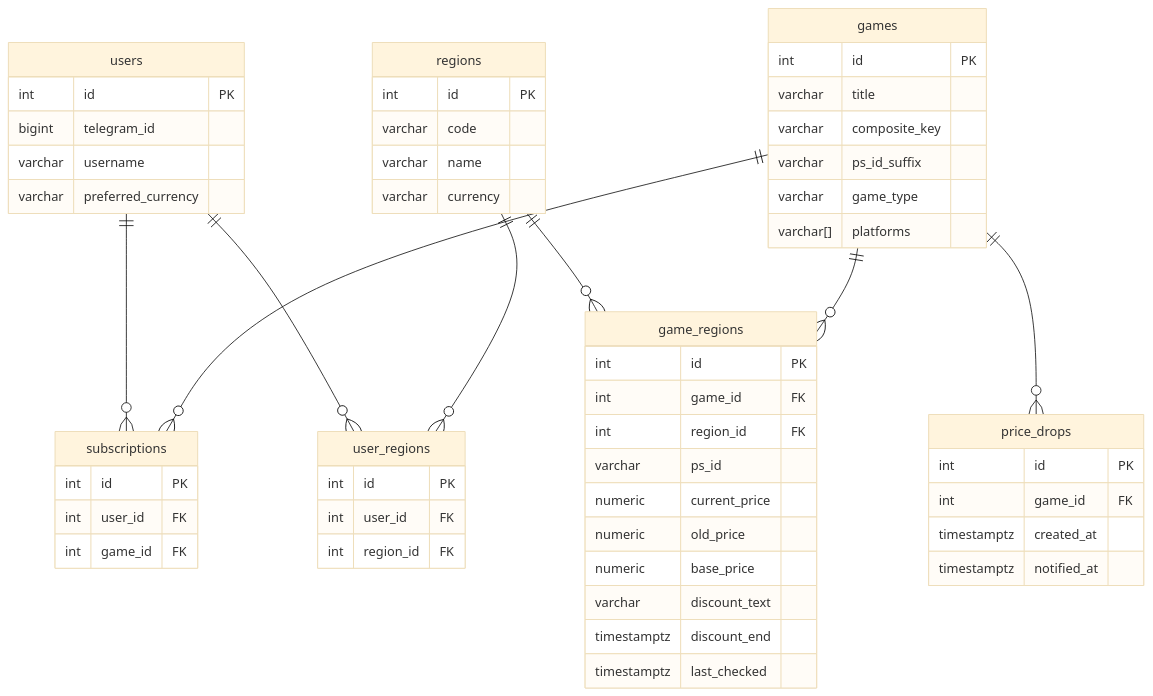
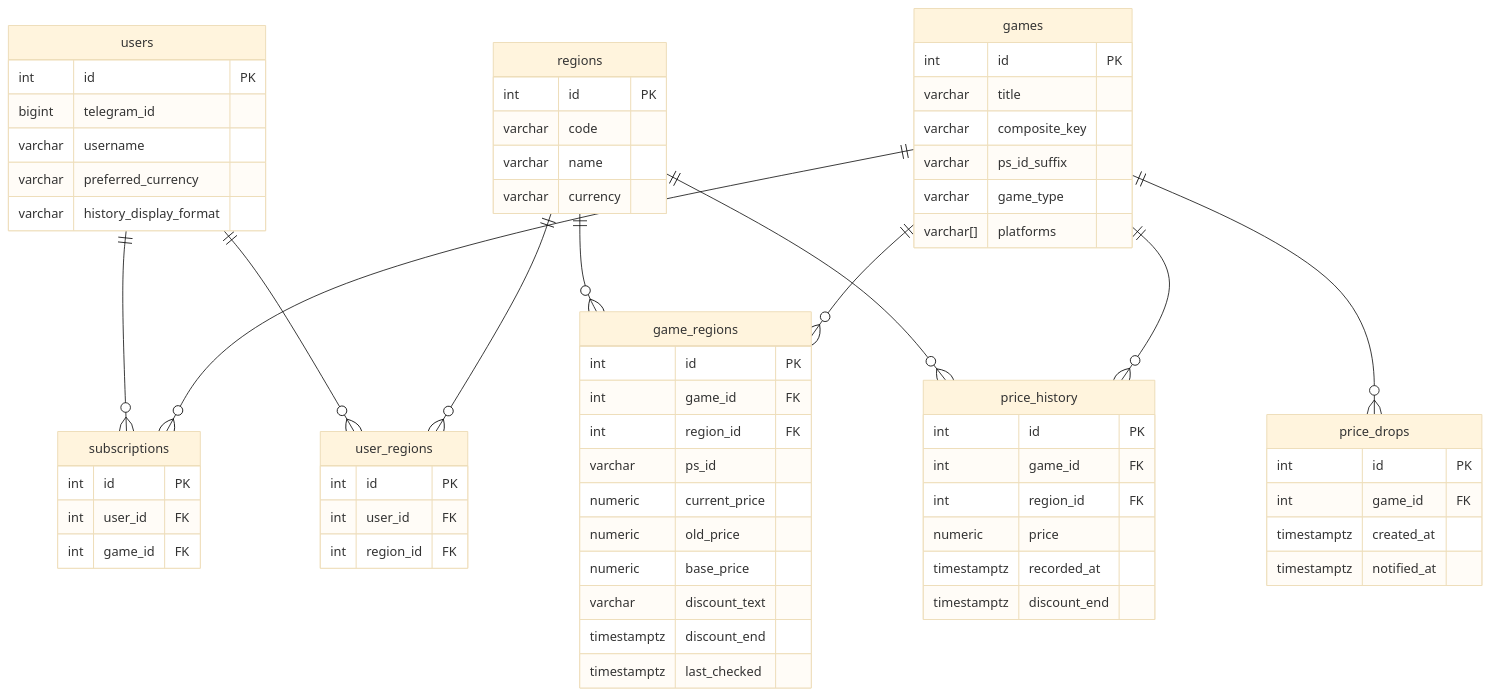
Before and after one commit to BlasterAlex/pricestation-bot: the diagram in db/models/README.md, drawn with Mermaid (base theme). The commit also changed other lines of this file and 36 other files, not shown here.

Commit message:
Support price changes history (#27)

````diff
--- a/db/models/README.md
+++ b/db/models/README.md
@@ -7,59 +7,70 @@
 ```mermaid
 erDiagram
     users {
         int id PK
         bigint telegram_id
         varchar username
         varchar preferred_currency
+        varchar history_display_format
     }
     regions {
         int id PK
         varchar code
         varchar name
         varchar currency
     }
     games {
         int id PK
         varchar title
         varchar composite_key
         varchar ps_id_suffix
         varchar game_type
         varchar[] platforms
     }
     subscriptions {
         int id PK
         int user_id FK
         int game_id FK
     }
     user_regions {
         int id PK
         int user_id FK
         int region_id FK
     }
     game_regions {
         int id PK
         int game_id FK
         int region_id FK
         varchar ps_id
         numeric current_price
         numeric old_price
         numeric base_price
         varchar discount_text
         timestamptz discount_end
         timestamptz last_checked
     }
     price_drops {
         int id PK
         int game_id FK
         timestamptz created_at
         timestamptz notified_at
     }
+    price_history {
+        int id PK
+        int game_id FK
+        int region_id FK
+        numeric price
+        timestamptz recorded_at
+        timestamptz discount_end
+    }
 
     users ||--o{ subscriptions : ""
     users ||--o{ user_regions : ""
     regions ||--o{ user_regions : ""
     regions ||--o{ game_regions : ""
+    regions ||--o{ price_history : ""
     games ||--o{ subscriptions : ""
     games ||--o{ game_regions : ""
     games ||--o{ price_drops : ""
+    games ||--o{ price_history : ""
 ```
````
